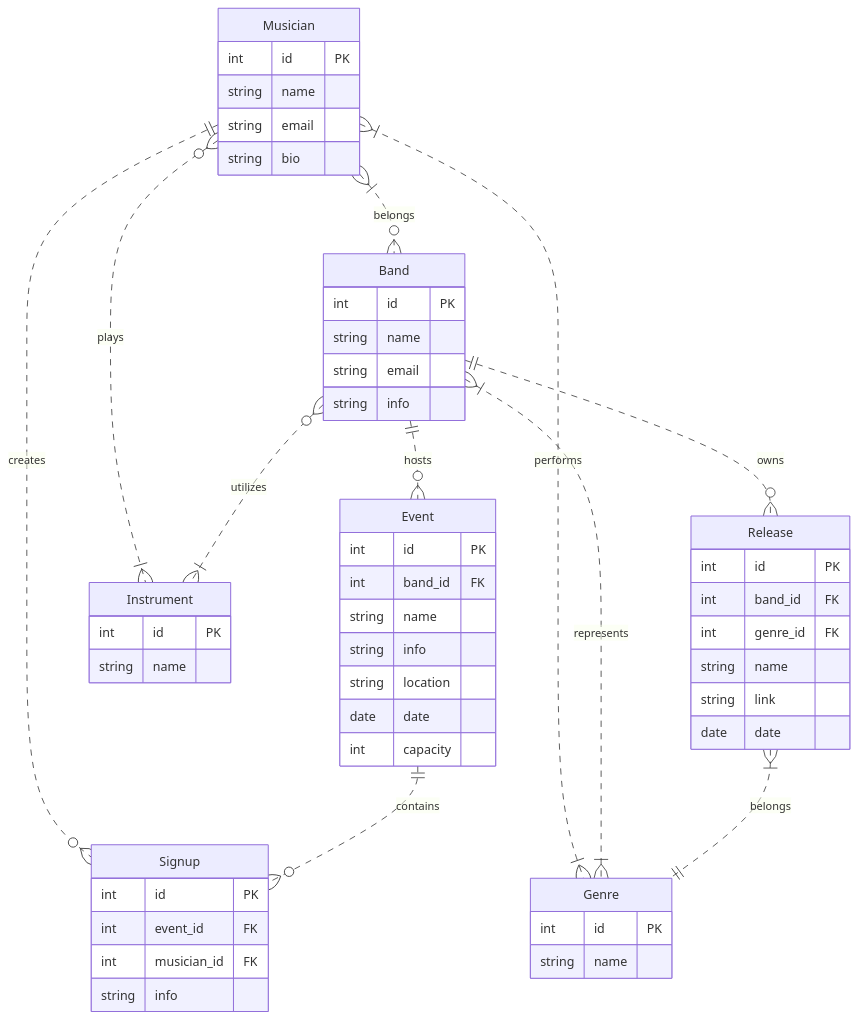
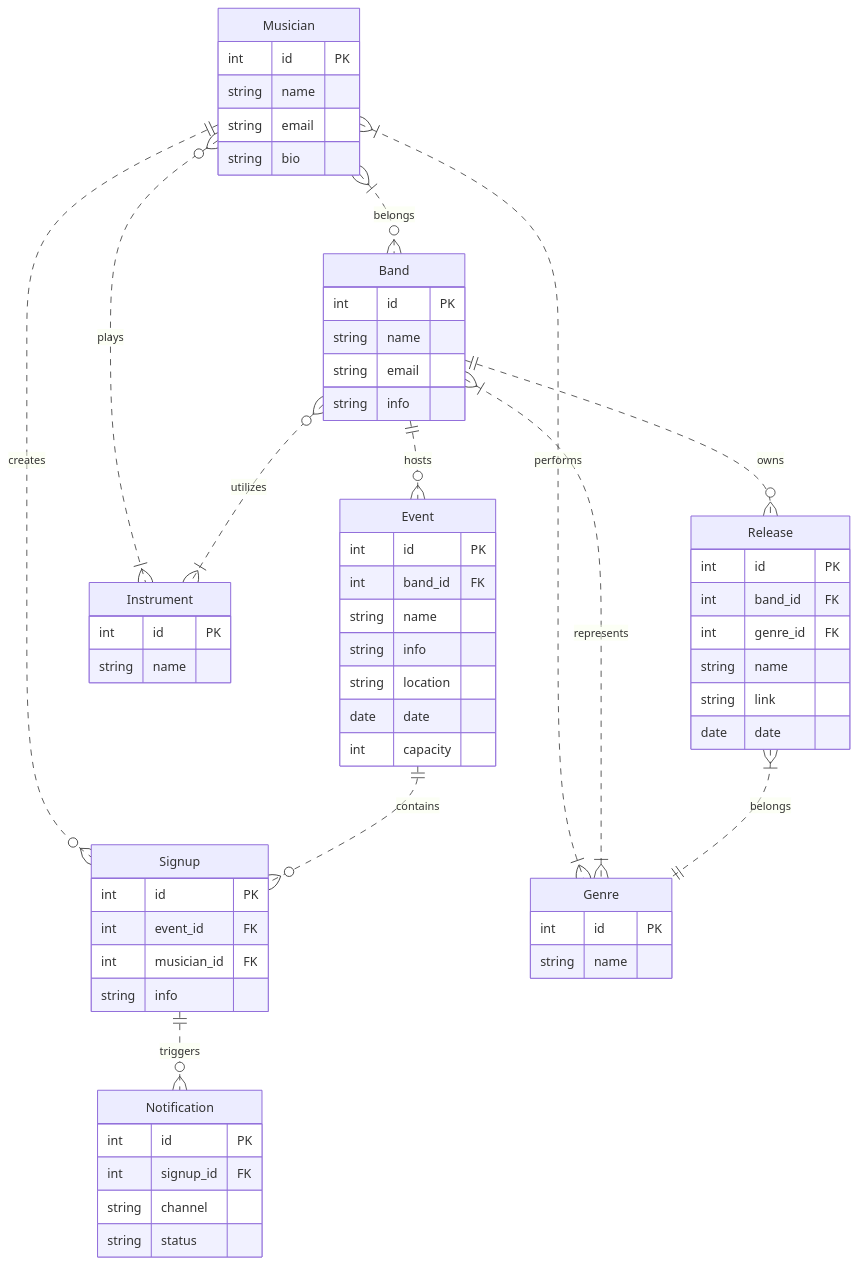
The diagram in 1-entity-relationship/erDiagram.mmd (therealsunfl0wer/SMRA-labs), drawn with Mermaid before and after one commit. The commit also changed 3 other files, not shown here.

```diff
--- a/1-entity-relationship/erDiagram.mmd
+++ b/1-entity-relationship/erDiagram.mmd
@@ -1,55 +1,62 @@
 erDiagram
     Musician {
         int id PK
         string name
         string email
         string bio
     }
     Band {
         int id PK
         string name
         string email
         string info
     }
     Event {
         int id PK
         int band_id FK
         string name
         string info
         string location
         date date
         int capacity
     }
     Instrument {
         int id PK
         string name
     }
     Signup {
         int id PK
         int event_id FK
         int musician_id FK
         string info
     }
+    Notification {
+        int id PK
+        int signup_id FK
+        string channel
+        string status
+    }
     Release {
         int id PK
         int band_id FK
         int genre_id FK
         string name
         string link
         date date
     }
     Genre {
         int id PK
         string name
     }
 
     Musician }|..o{ Band : belongs
     Musician }o..|{ Instrument : plays
     Musician ||..o{ Signup : creates 
     Musician }|..|{ Genre : performs
     Band ||..o{ Event : hosts
     Band }o..|{ Instrument : utilizes
     Band ||..o{ Release : owns
     Band }|..|{ Genre : represents
     Event ||..o{ Signup : contains
+    Signup ||..o{ Notification : triggers
     Release }|..|| Genre : belongs
```
